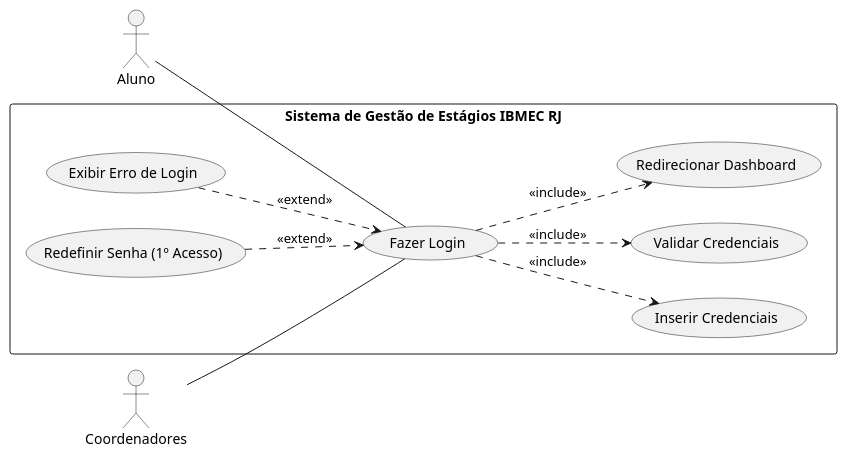
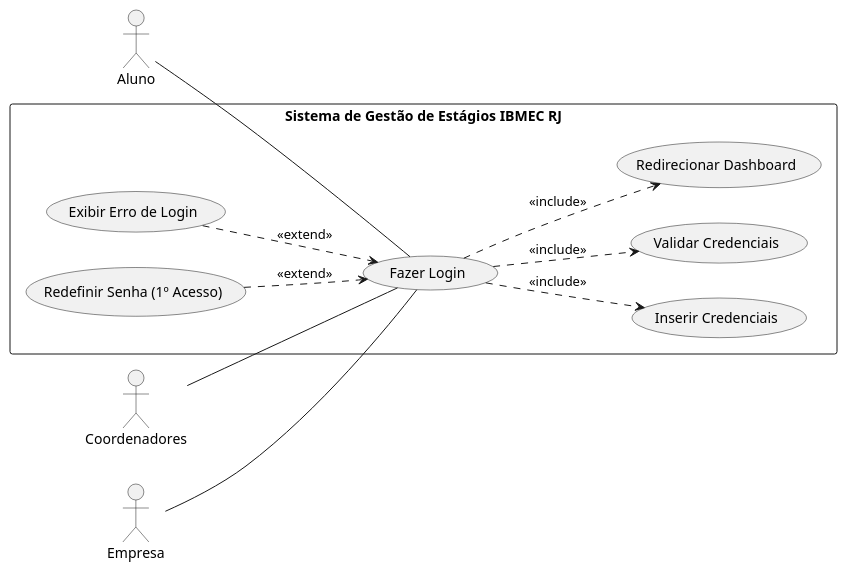
The first of 10 diagrams in docs/Elaboracao/casos_de_uso.md (Projetos-de-Extensao/PBE_26.1_8002_I), drawn with PlantUML before and after one commit.

Commit message:
Adição empresa em login

````diff
--- a/docs/Elaboracao/casos_de_uso.md
+++ b/docs/Elaboracao/casos_de_uso.md
@@ -44,31 +44,33 @@
 ```puml
 @startuml
 left to right direction
 
 actor Aluno
 actor Coordenadores
+actor Empresa
 
 rectangle "Sistema de Gestão de Estágios IBMEC RJ" {
 
   usecase "Fazer Login" as UC1
   usecase "Inserir Credenciais" as UC2
   usecase "Validar Credenciais" as UC3
   usecase "Redirecionar Dashboard" as UC4
   usecase "Exibir Erro de Login" as UC5
   usecase "Redefinir Senha (1º Acesso)" as UC6
 
 }
 
 Aluno -- UC1
 Coordenadores -- UC1
+Empresa -- UC1
 
 UC1 ..> UC2 : <<include>>
 UC1 ..> UC3 : <<include>>
 UC1 ..> UC4 : <<include>>
 
 UC5 ..> UC1 : <<extend>>
 UC6 ..> UC1 : <<extend>>
 
 @enduml
 
 ```
````
